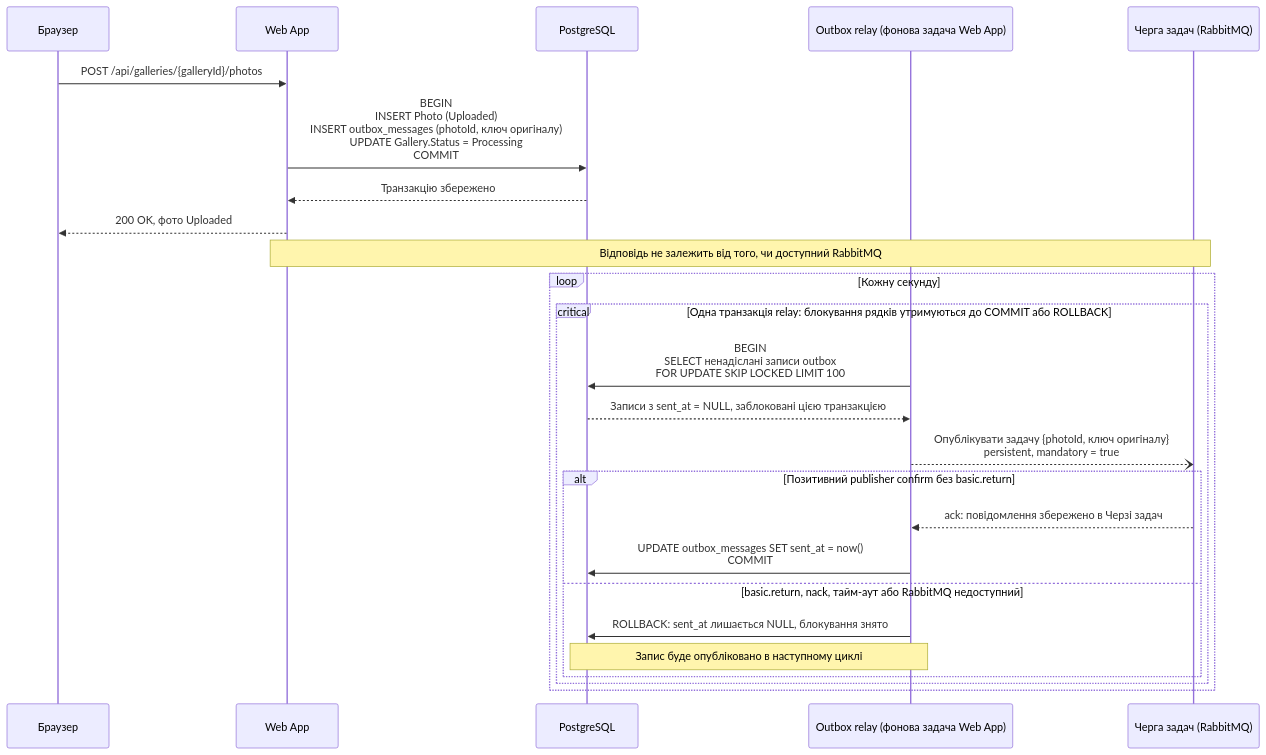
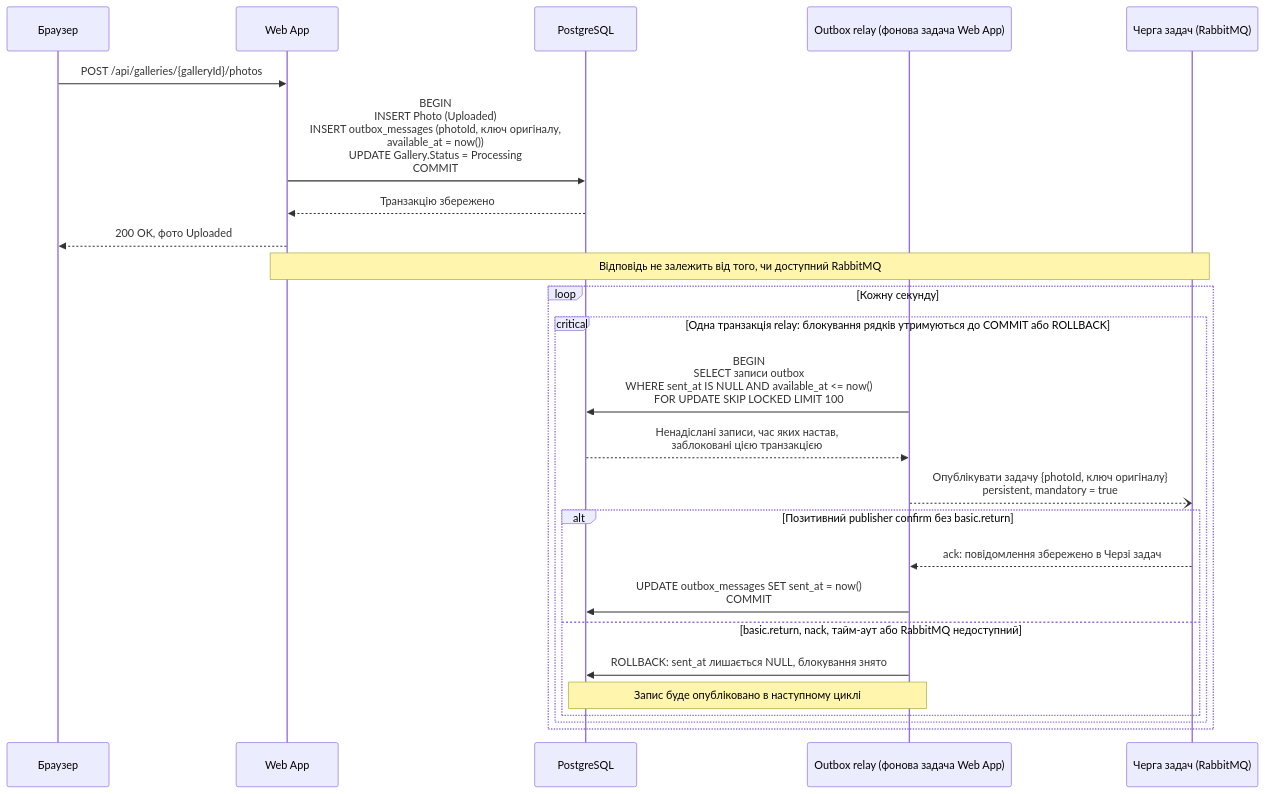
Before and after one commit to alonasaienko/picpick: the diagram in docs/06-concurrency/cs-202-transactional-outbox.md, drawn with Mermaid. The commit also changed other lines of this file and 3 other files, not shown here.

````diff
--- a/docs/06-concurrency/cs-202-transactional-outbox.md
+++ b/docs/06-concurrency/cs-202-transactional-outbox.md
@@ -25,29 +25,29 @@
 ```mermaid
 sequenceDiagram
     participant Browser as Браузер
     participant WebApp as Web App
     participant PostgreSQL as PostgreSQL
     participant Relay as Outbox relay (фонова задача Web App)
     participant Tasks as Черга задач (RabbitMQ)
 
     Browser->>WebApp: POST /api/galleries/{galleryId}/photos
-    WebApp->>PostgreSQL: BEGIN<br/>INSERT Photo (Uploaded)<br/>INSERT outbox_messages (photoId, ключ оригіналу)<br/>UPDATE Gallery.Status = Processing<br/>COMMIT
+    WebApp->>PostgreSQL: BEGIN<br/>INSERT Photo (Uploaded)<br/>INSERT outbox_messages (photoId, ключ оригіналу,<br/>available_at = now())<br/>UPDATE Gallery.Status = Processing<br/>COMMIT
     PostgreSQL-->>WebApp: Транзакцію збережено
     WebApp-->>Browser: 200 OK, фото Uploaded
     Note over WebApp,Tasks: Відповідь не залежить від того, чи доступний RabbitMQ
 
     loop Кожну секунду
         critical Одна транзакція relay: блокування рядків утримуються до COMMIT або ROLLBACK
-            Relay->>PostgreSQL: BEGIN<br/>SELECT ненадіслані записи outbox<br/>FOR UPDATE SKIP LOCKED LIMIT 100
-            PostgreSQL-->>Relay: Записи з sent_at = NULL, заблоковані цією транзакцією
+            Relay->>PostgreSQL: BEGIN<br/>SELECT записи outbox<br/>WHERE sent_at IS NULL AND available_at <= now()<br/>FOR UPDATE SKIP LOCKED LIMIT 100
+            PostgreSQL-->>Relay: Ненадіслані записи, час яких настав,<br/>заблоковані цією транзакцією
             Relay--)Tasks: Опублікувати задачу {photoId, ключ оригіналу}<br/>persistent, mandatory = true
             alt Позитивний publisher confirm без basic.return
                 Tasks-->>Relay: ack: повідомлення збережено в Черзі задач
                 Relay->>PostgreSQL: UPDATE outbox_messages SET sent_at = now()<br/>COMMIT
             else basic.return, nack, тайм-аут або RabbitMQ недоступний
                 Relay->>PostgreSQL: ROLLBACK: sent_at лишається NULL, блокування знято
                 Note over Relay,PostgreSQL: Запис буде опубліковано в наступному циклі
             end
         end
     end
 ```
````
